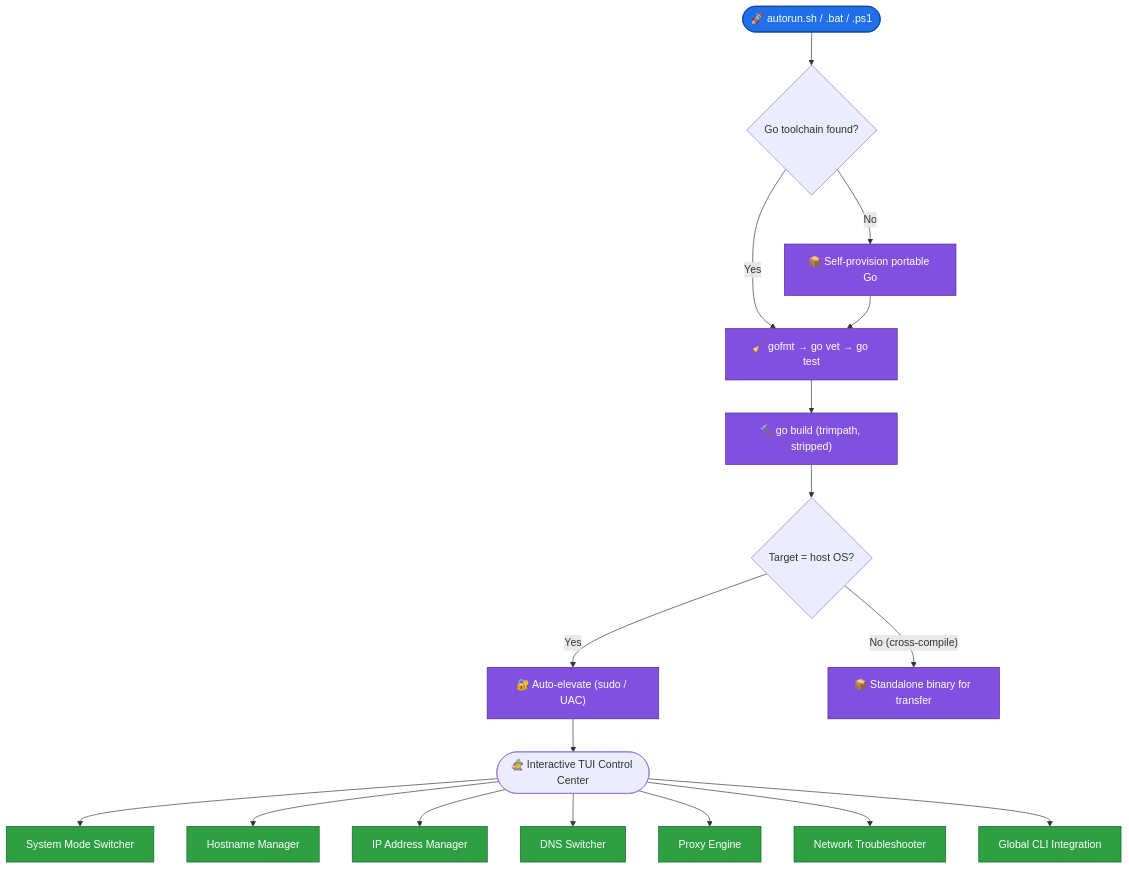
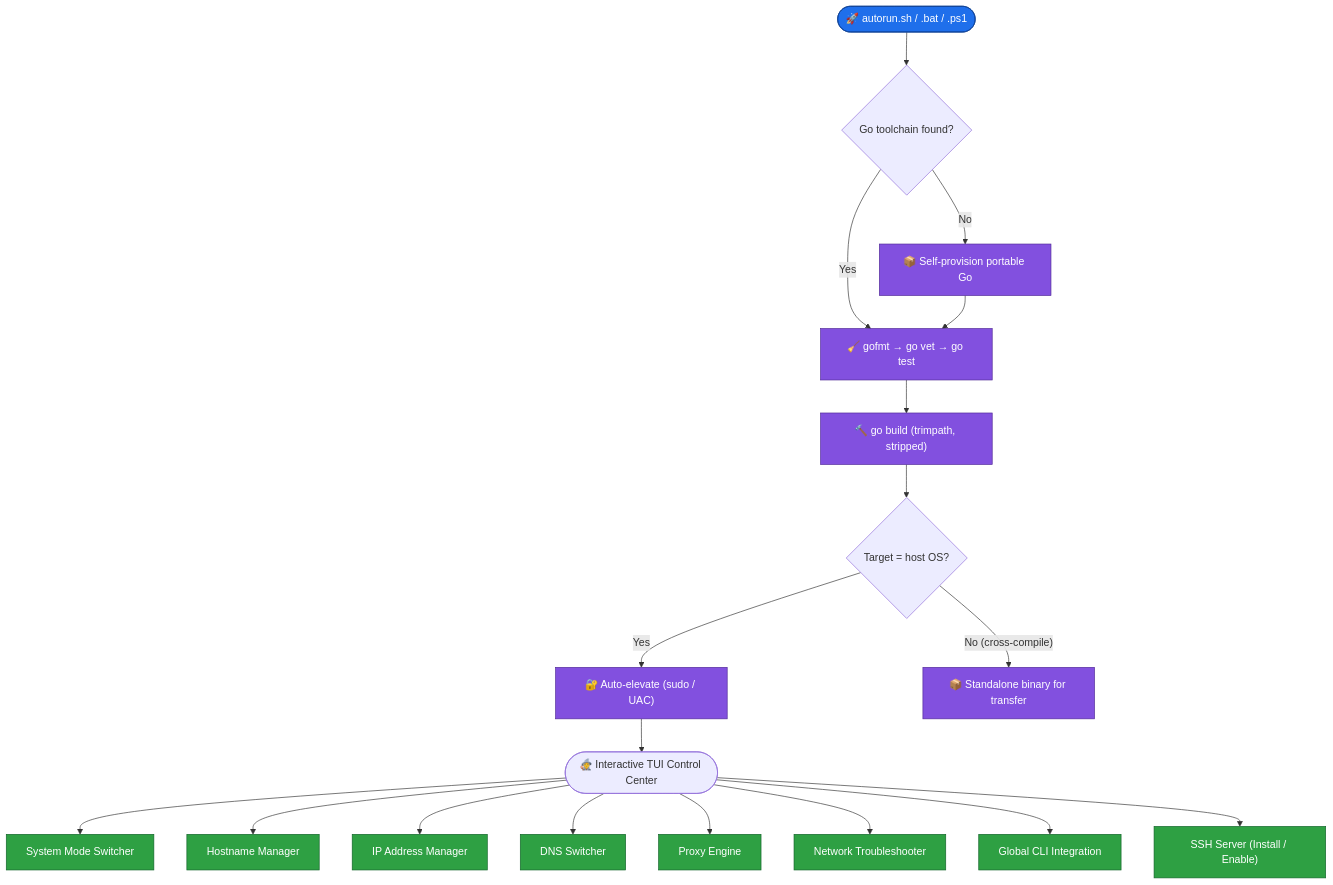
Before and after one commit to ali4210/Switcher_Suite_Wizard: the first of 2 diagrams in README.md, drawn with Mermaid. The commit also changed other lines of this file, not shown here.

First line of the commit message:
docs: update README for terminal behavior, SSH Server, and Tested On

````diff
--- a/README.md
+++ b/README.md
@@ -267,27 +295,28 @@
 ```mermaid
 flowchart TD
     A(["🚀 autorun.sh / .bat / .ps1"]) --> B{"Go toolchain found?"}
     B -- "No" --> C["📦 Self-provision portable Go"]
     B -- "Yes" --> D["🧹 gofmt → go vet → go test"]
     C --> D
     D --> E["🔨 go build (trimpath, stripped)"]
     E --> F{"Target = host OS?"}
     F -- "Yes" --> G["🔐 Auto-elevate (sudo / UAC)"]
     F -- "No (cross-compile)" --> H["📦 Standalone binary for transfer"]
     G --> I(["🧙 Interactive TUI Control Center"])
 
     I --> M1["System Mode Switcher"]
     I --> M2["Hostname Manager"]
     I --> M3["IP Address Manager"]
     I --> M4["DNS Switcher"]
     I --> M5["Proxy Engine"]
     I --> M6["Network Troubleshooter"]
     I --> M7["Global CLI Integration"]
+    I --> M8["SSH Server (Install / Enable)"]
 
     classDef start fill:#1f6feb,color:#ffffff,stroke:#0b3d91;
     classDef eng fill:#8250df,color:#ffffff,stroke:#512a97;
     classDef mod fill:#2ea043,color:#ffffff,stroke:#116329;
     class A start;
     class C,D,E,G,H eng;
-    class M1,M2,M3,M4,M5,M6,M7 mod;
+    class M1,M2,M3,M4,M5,M6,M7,M8 mod;
 ```
````
